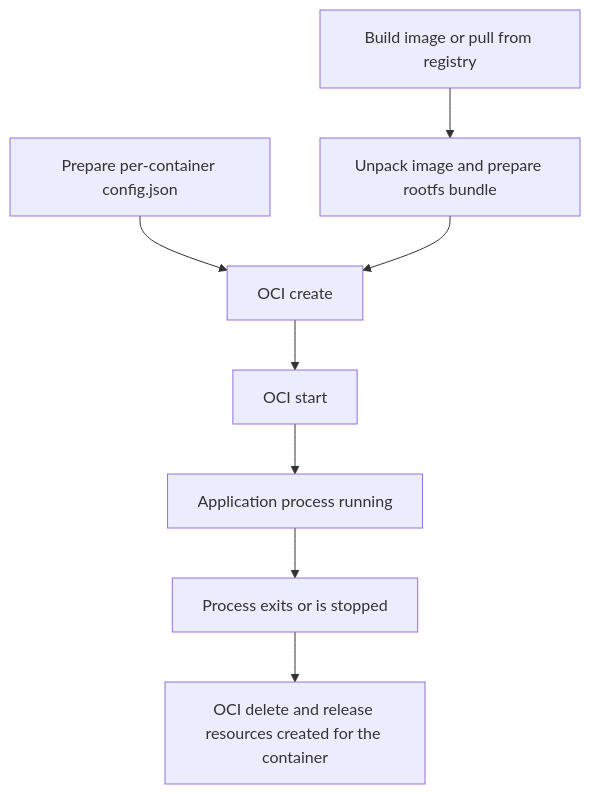
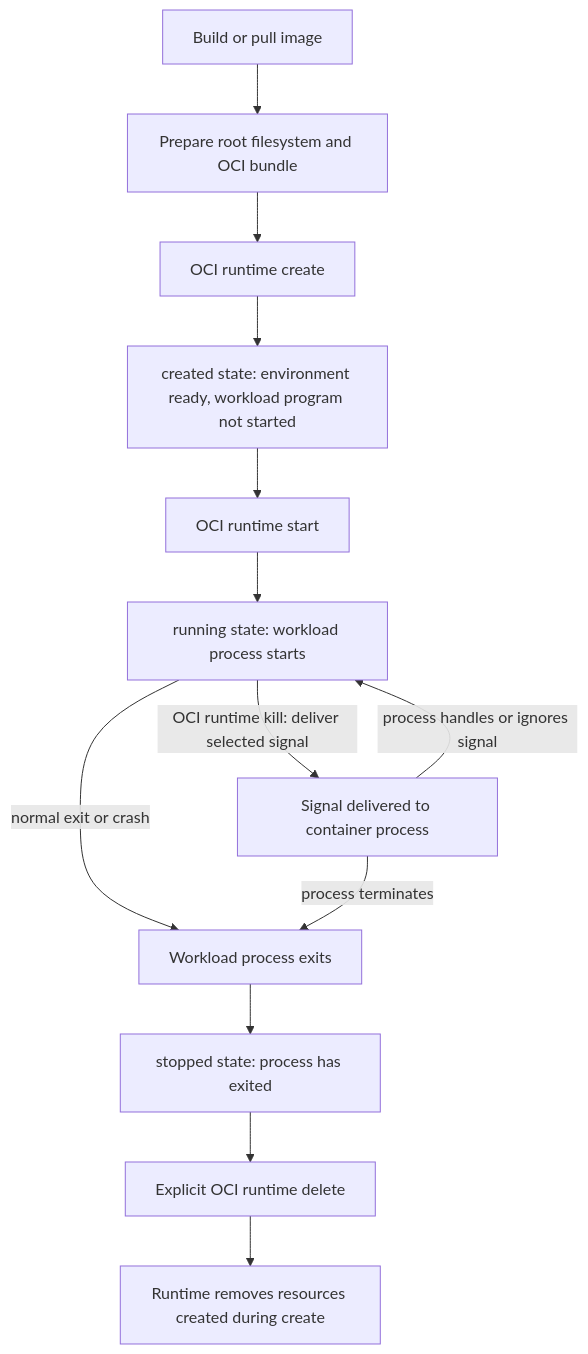
One commit to yul1ux/linux-containers-under-the-hood changed the fifth of 5 diagrams in docs/part-01-fundamentals/chapter-01-understanding-containers.md. Above: the diagram before and after it, drawn with Mermaid. The commit also changed other lines of this file and 2 other files, not shown here.

````diff
--- a/docs/part-01-fundamentals/chapter-01-understanding-containers.md
+++ b/docs/part-01-fundamentals/chapter-01-understanding-containers.md
@@ -372,10 +350,15 @@
 ```mermaid
 flowchart TD
-    A[Build image or pull from registry] --> B[Unpack image and prepare rootfs bundle]
-    C[Prepare per-container config.json] --> D[OCI create]
-    B --> D
-    D --> E[OCI start]
-    E --> F[Application process running]
-    F --> G[Process exits or is stopped]
-    G --> H[OCI delete and release resources created for the container]
+    A[Build or pull image] --> B[Prepare root filesystem and OCI bundle]
+    B --> C[OCI runtime create]
+    C --> D[created state: environment ready, workload program not started]
+    D --> E[OCI runtime start]
+    E --> F[running state: workload process starts]
+    F -->|normal exit or crash| H[Workload process exits]
+    F -->|OCI runtime kill: deliver selected signal| K[Signal delivered to container process]
+    K -->|process terminates| H
+    K -->|process handles or ignores signal| F
+    H --> I[stopped state: process has exited]
+    I --> J[Explicit OCI runtime delete]
+    J --> L[Runtime removes resources created during create]
 ```
````
